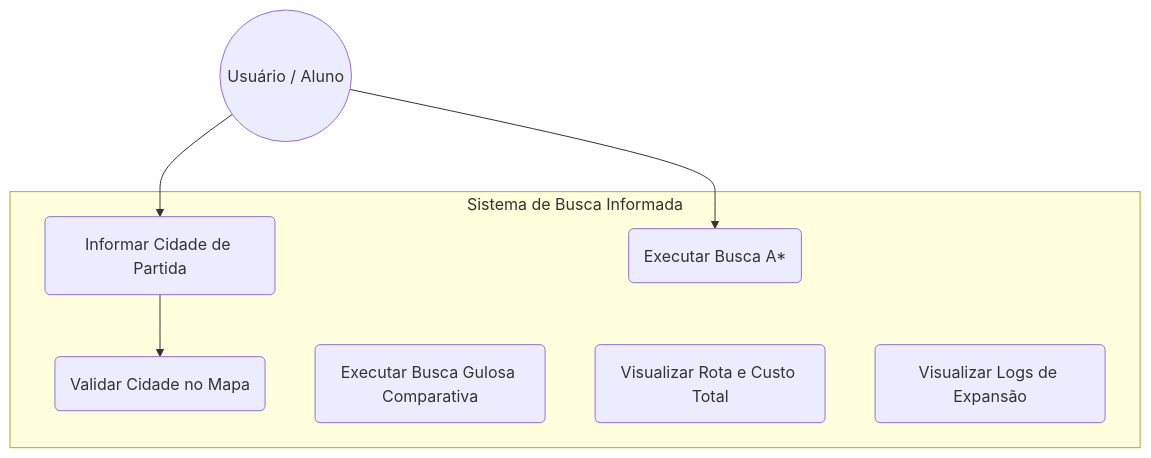
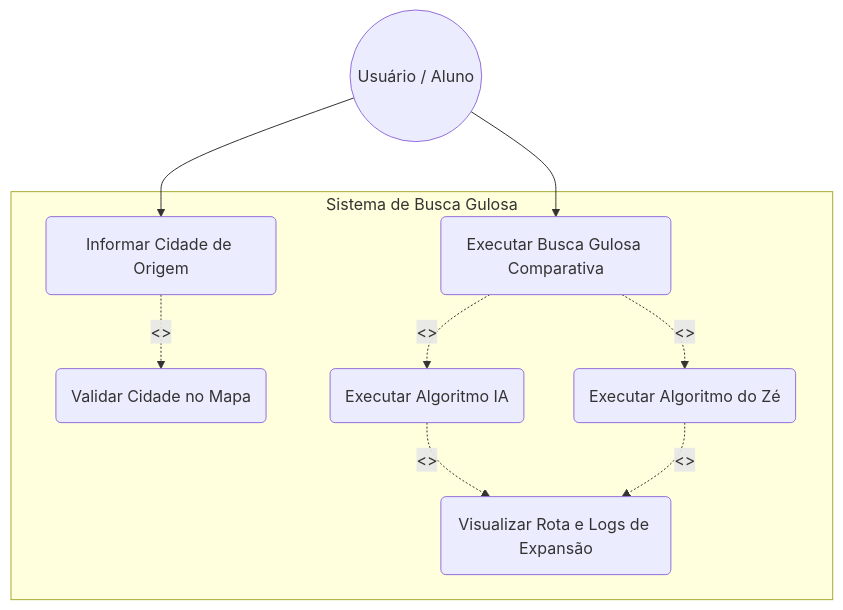
One commit to joseferrazza/IntroducaoInteligenciaArtificial changed the first of 6 diagrams in README.md. Above: the diagram before and after it, drawn with Mermaid. The commit also changed other lines of this file, not shown here.

````diff
--- a/README.md
+++ b/README.md
@@ -52,17 +55,27 @@
 ```mermaid
 graph TD
+    %% Definição de Atores
     User((Usuário / Aluno))
     
-    subgraph Sistema de Busca Informada
-        UC1(Informar Cidade de Partida)
+    %% Fronteira do Sistema
+    subgraph Sistema de Busca Gulosa
+        UC1(Informar Cidade de Origem)
         UC2(Validar Cidade no Mapa)
-        UC3(Executar Busca A*)
-        UC4(Executar Busca Gulosa Comparativa)
-        UC5(Visualizar Rota e Custo Total)
-        UC6(Visualizar Logs de Expansão)
+        UC3(Executar Busca Gulosa Comparativa)
+        UC4(Executar Algoritmo IA)
+        UC5(Executar Algoritmo do Zé)
+        UC6(Visualizar Rota e Logs de Expansão)
     end
     
+    %% Relacionamentos e Associações
     User --> UC1
-    UC1 --> UC2
     User --> UC3
+    
+    UC1 -.->|<<include>>| UC2
+    
+    UC3 -.->|<<include>>| UC4
+    UC3 -.->|<<include>>| UC5
+    
+    UC4 -.->|<<include>>| UC6
+    UC5 -.->|<<include>>| UC6
 ```
````
